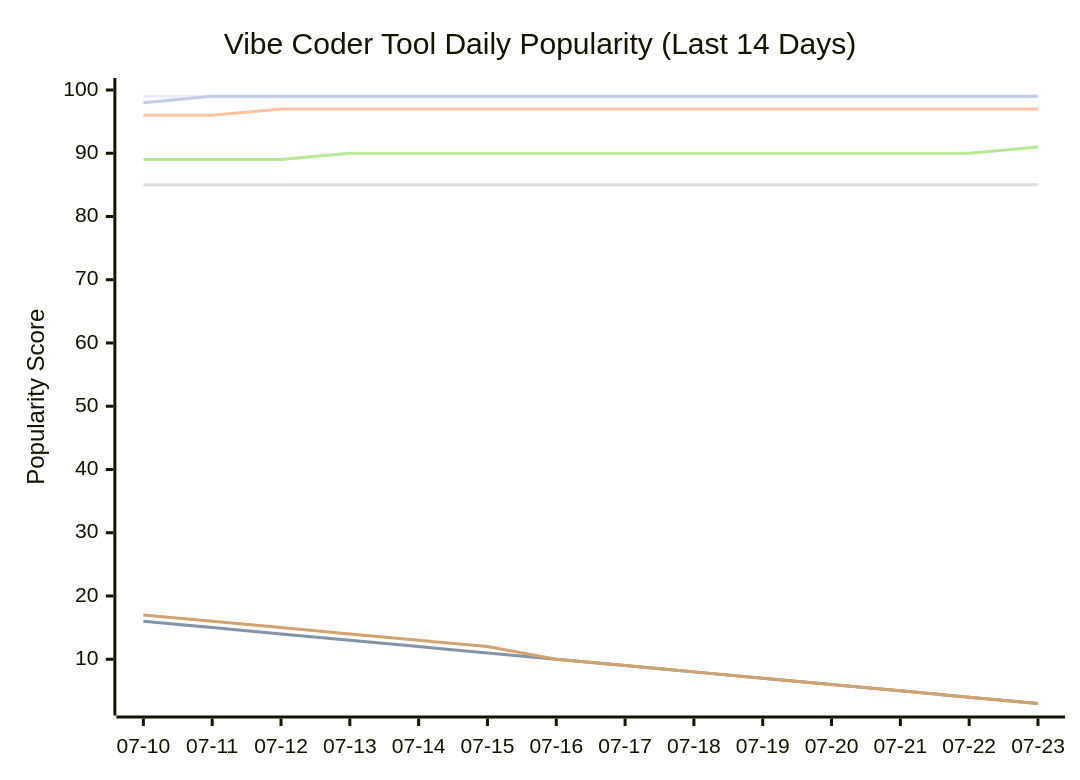
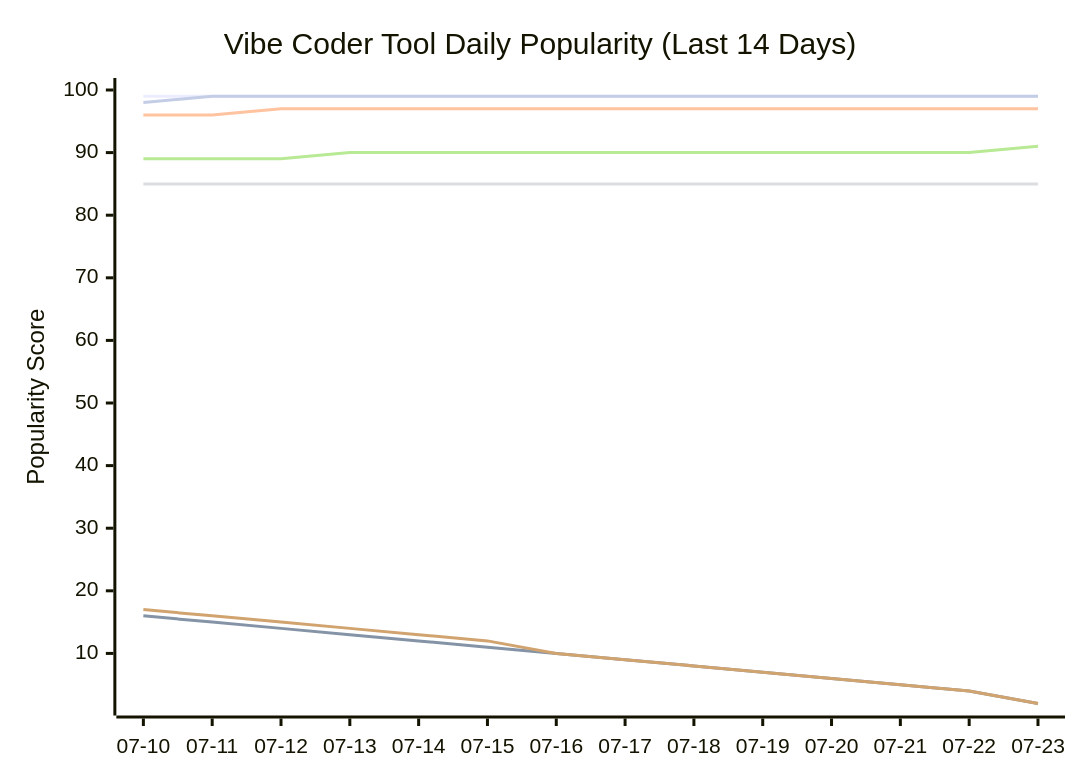
One commit to tykimos/ai-whatchelin changed the seventh of 11 diagrams in README.md. Above: the diagram before and after it, drawn with Mermaid. The commit also changed other lines of this file and 4 other files, not shown here.

````diff
--- a/README.md
+++ b/README.md
@@ -2057,13 +2057,13 @@
 ```mermaid
 xychart-beta
     title "Vibe Coder Tool Daily Popularity (Last 14 Days)"
     x-axis ["07-10", "07-11", "07-12", "07-13", "07-14", "07-15", "07-16", "07-17", "07-18", "07-19", "07-20", "07-21", "07-22", "07-23"]
-    y-axis "Popularity Score" 3 --> 100
+    y-axis "Popularity Score" 2 --> 100
     line "Claude Code" [99, 99, 99, 99, 99, 99, 99, 99, 99, 99, 99, 99, 99, 99]
-    line "GH Copilot" [16, 15, 14, 13, 12, 11, 10, 9, 8, 7, 6, 5, 4, 3]
+    line "GH Copilot" [16, 15, 14, 13, 12, 11, 10, 9, 8, 7, 6, 5, 4, 2]
     line "Cursor" [96, 96, 97, 97, 97, 97, 97, 97, 97, 97, 97, 97, 97, 97]
     line "Windsurf" [85, 85, 85, 85, 85, 85, 85, 85, 85, 85, 85, 85, 85, 85]
     line "Codex CLI" [89, 89, 89, 90, 90, 90, 90, 90, 90, 90, 90, 90, 90, 91]
-    line "Gemini CLI" [17, 16, 15, 14, 13, 12, 10, 9, 8, 7, 6, 5, 4, 3]
+    line "Gemini CLI" [17, 16, 15, 14, 13, 12, 10, 9, 8, 7, 6, 5, 4, 2]
     line "Antigravity" [98, 99, 99, 99, 99, 99, 99, 99, 99, 99, 99, 99, 99, 99]
 ```
````
